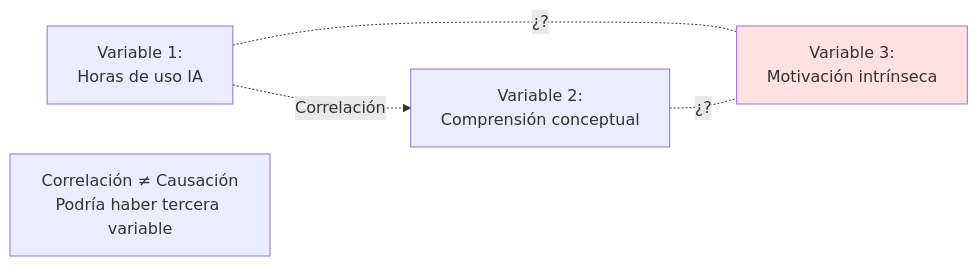
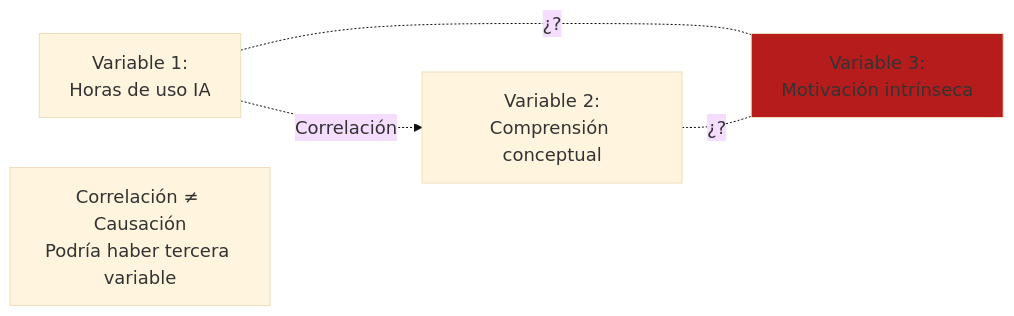
The eighth of 18 diagrams in courses/🟡-development/FPUNA-2026/05-INVESTIGACION-ACADEMIA/02-metodologia-investigacion.md (Ai-Whisperers/Courses-Content), drawn with Mermaid before and after one commit. The commit also changed other lines of this file and 47 other files, not shown here.

First line of the commit message:
fix: Make all 473 diagrams WCAG AAA accessible (FPUNA-2026)

````diff
--- a/courses/🟡-development/FPUNA-2026/05-INVESTIGACION-ACADEMIA/02-metodologia-investigacion.md
+++ b/courses/🟡-development/FPUNA-2026/05-INVESTIGACION-ACADEMIA/02-metodologia-investigacion.md
@@ -400,11 +407,12 @@
 ```mermaid
+%%{init: {'theme':'base', 'themeVariables': {'fontSize':'18px'}}}%%
 graph LR
     A[Variable 1:<br/>Horas de uso IA] -.Correlación.-> B[Variable 2:<br/>Comprensión conceptual]
     
     A -.¿?.- C[Variable 3:<br/>Motivación intrínseca]
     B -.¿?.- C
     
-    style C fill:#FFE1E1
+    style C fill:#b71c1c
     
     Note[Correlación ≠ Causación<br/>Podría haber tercera variable]
 ```
````
